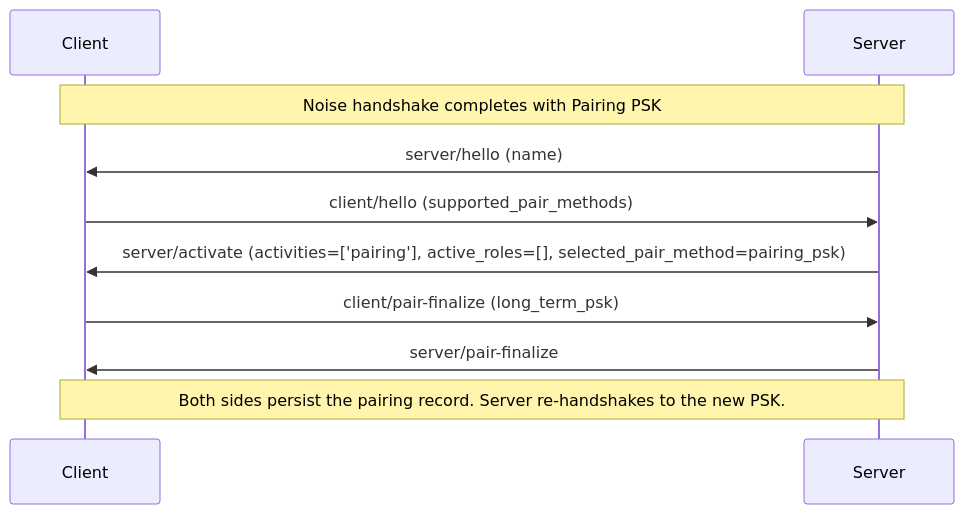
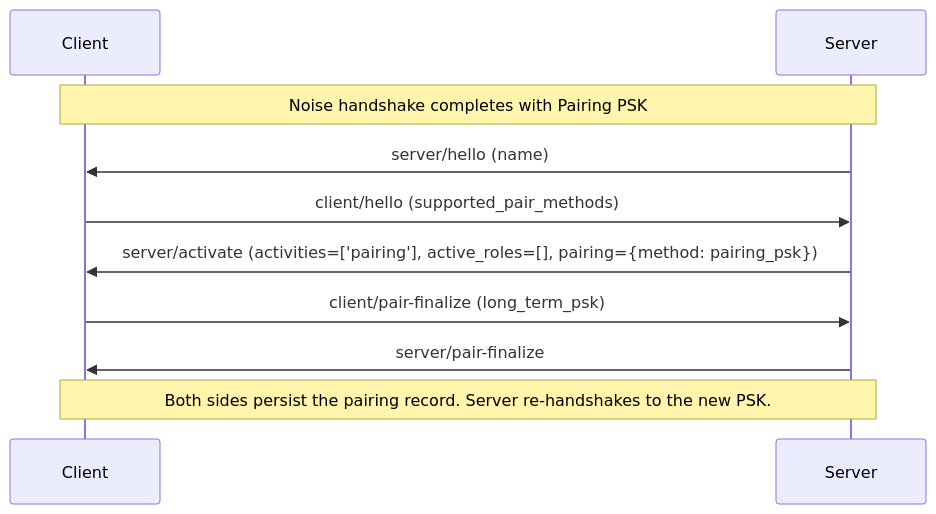
Before and after one commit to Resonate-Protocol/spec: the second of 4 diagrams in README.md, drawn with Mermaid. The commit also changed other lines of this file and 3 other files, not shown here.

````diff
--- a/README.md
+++ b/README.md
@@ -773,14 +775,14 @@
 ```mermaid
 sequenceDiagram
     participant Client
     participant Server
 
     Note over Client,Server: Noise handshake completes with Pairing PSK
 
     Server->>Client: server/hello (name)
     Client->>Server: client/hello (supported_pair_methods)
-    Server->>Client: server/activate (activities=['pairing'], active_roles=[], selected_pair_method=pairing_psk)
+    Server->>Client: server/activate (activities=['pairing'], active_roles=[], pairing={method: pairing_psk})
     Client->>Server: client/pair-finalize (long_term_psk)
     Server->>Client: server/pair-finalize
     Note over Client,Server: Both sides persist the pairing record. Server re-handshakes to the new PSK.
 ```
````
